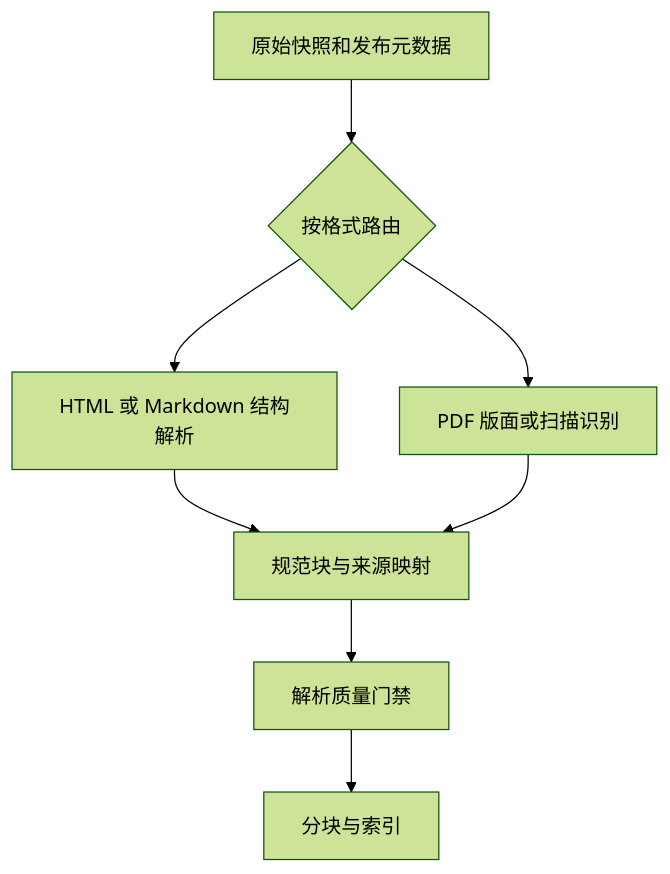
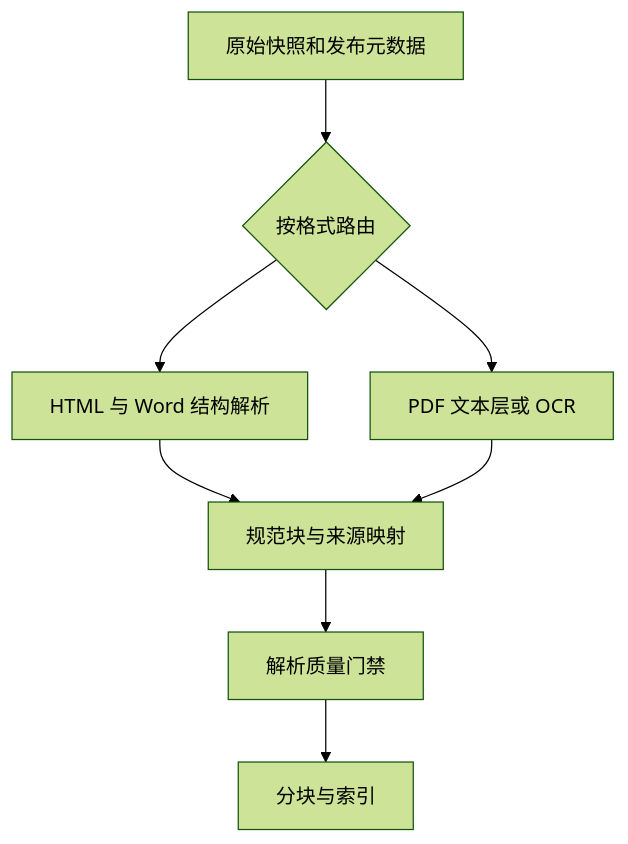
Before and after one commit to xinfengwang/xinfengwang.github.io: the first of 2 diagrams in _posts/2026-11-19-rag-document-parsing.md, drawn with Mermaid (forest theme). The commit also changed other lines of this file and 10 other files, not shown here.

````diff
--- a/_posts/2026-11-19-rag-document-parsing.md
+++ b/_posts/2026-11-19-rag-document-parsing.md
@@ -63,10 +69,10 @@
 ```mermaid
 flowchart TB
   A["原始快照和发布元数据"] --> B{"按格式路由"}
-  B --> C["HTML 或 Markdown 结构解析"]
-  B --> D["PDF 版面或扫描识别"]
+  B --> C["HTML 与 Word 结构解析"]
+  B --> D["PDF 文本层或 OCR"]
   C --> E["规范块与来源映射"]
   D --> E
   E --> F["解析质量门禁"]
   F --> G["分块与索引"]
 ```
````
